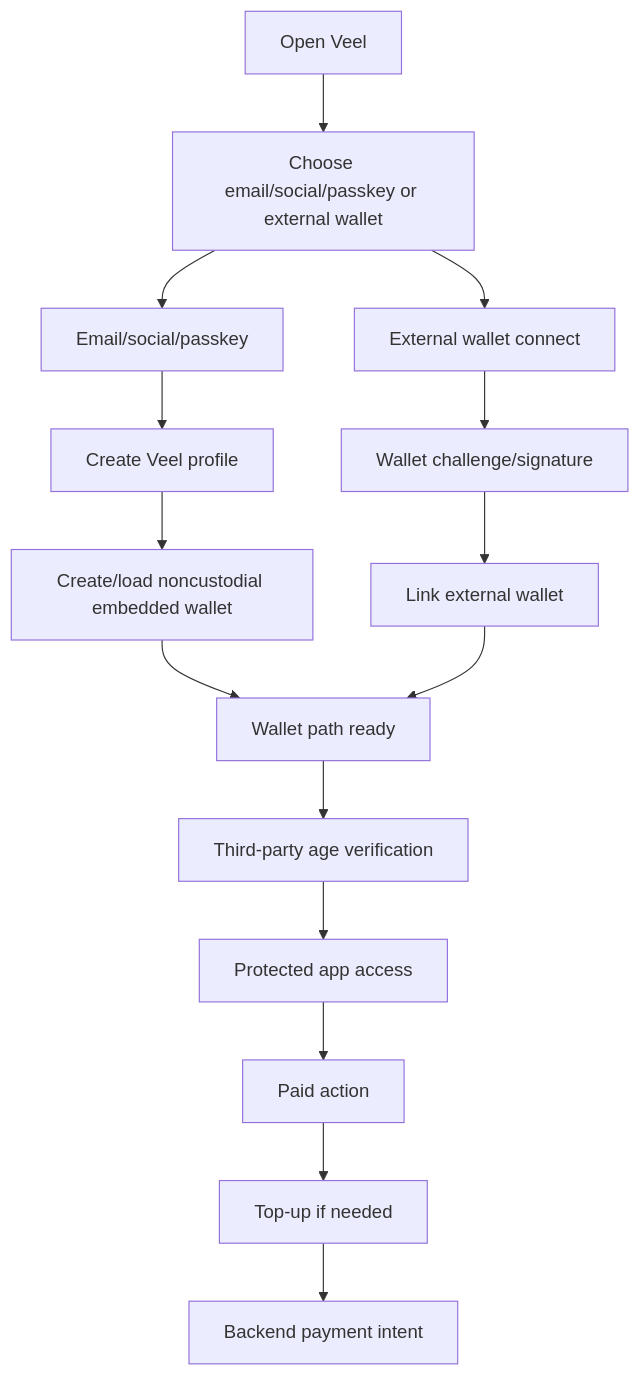
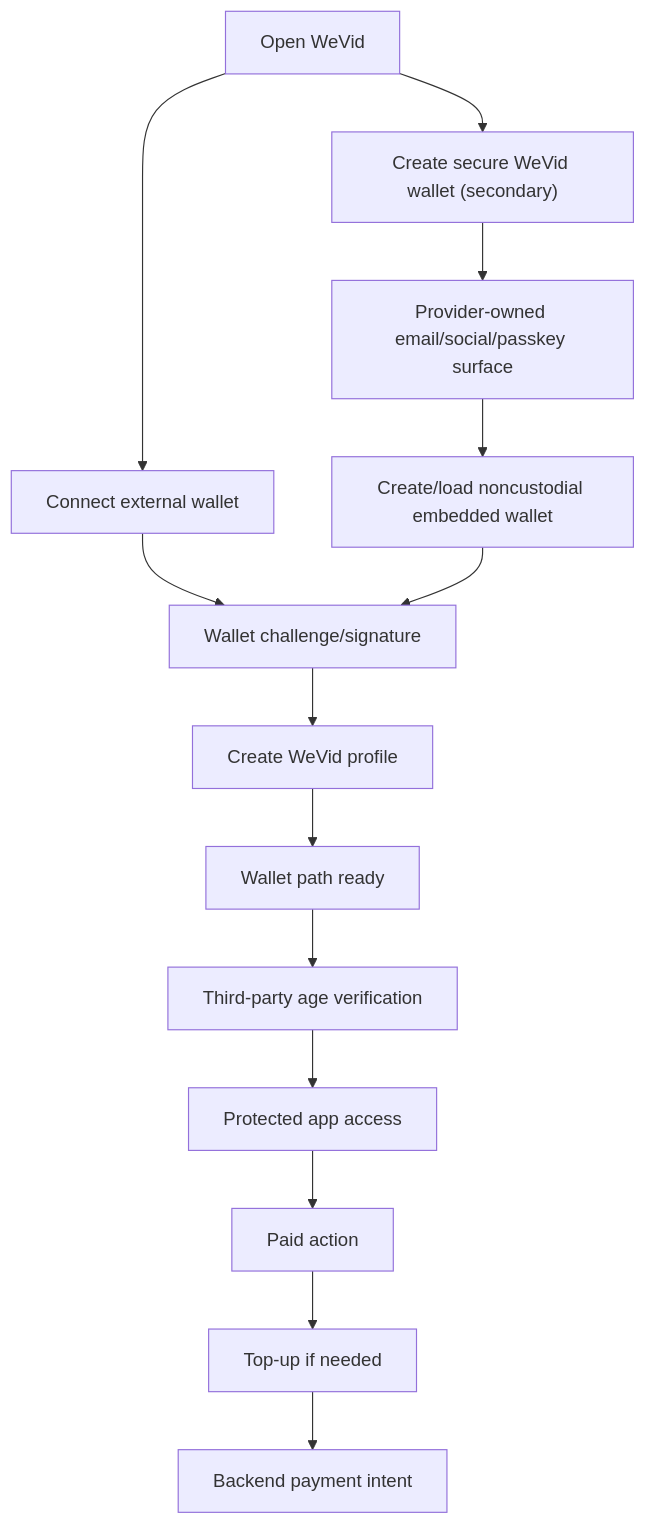
One commit to mariospeterman/VEEL-v2 changed the second of 6 diagrams in docs/v2-new-build/product-flows.md. Above: the diagram before and after it, drawn with Mermaid. The commit also changed other lines of this file and 18 other files, not shown here.

First line of the commit message:
Launch: converge provider-first wallet entry (#70)

````diff
--- a/docs/v2-new-build/product-flows.md
+++ b/docs/v2-new-build/product-flows.md
@@ -72,17 +73,16 @@
 ```mermaid
 flowchart TD
-  Entry["Open Veel"] --> AuthChoice["Choose email/social/passkey or external wallet"]
-  AuthChoice --> Mainstream["Email/social/passkey"]
-  AuthChoice --> Native["External wallet connect"]
-  Mainstream --> Profile["Create Veel profile"]
-  Profile --> Embedded["Create/load noncustodial embedded wallet"]
+  Entry["Open WeVid"] --> Native["Connect external wallet"]
+  Entry --> Secure["Create secure WeVid wallet (secondary)"]
+  Secure --> Provider["Provider-owned email/social/passkey surface"]
+  Provider --> Embedded["Create/load noncustodial embedded wallet"]
   Native --> Challenge["Wallet challenge/signature"]
-  Challenge --> Link["Link external wallet"]
-  Embedded --> WalletReady["Wallet path ready"]
-  Link --> WalletReady
+  Embedded --> Challenge
+  Challenge --> Profile["Create WeVid profile"]
+  Profile --> WalletReady["Wallet path ready"]
   WalletReady --> Age["Third-party age verification"]
   Age --> AppAccess["Protected app access"]
   AppAccess --> Paywall["Paid action"]
   Paywall --> Topup["Top-up if needed"]
   Topup --> Intent["Backend payment intent"]
 ```
````
